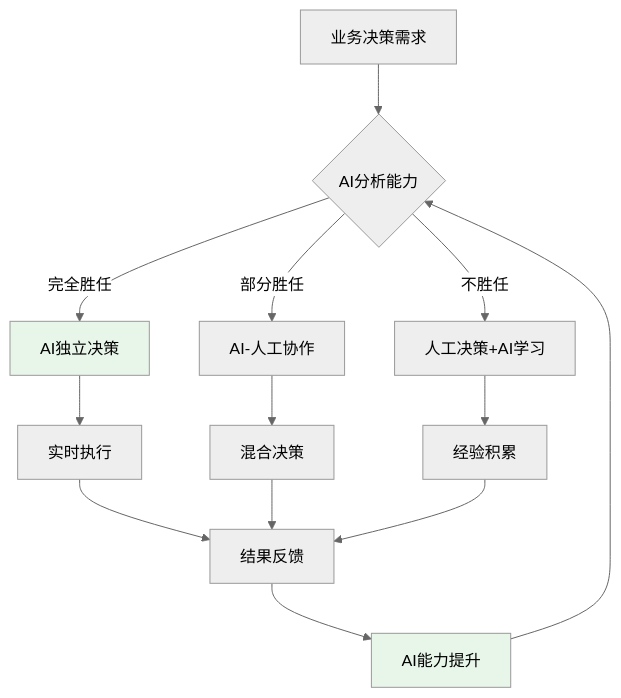
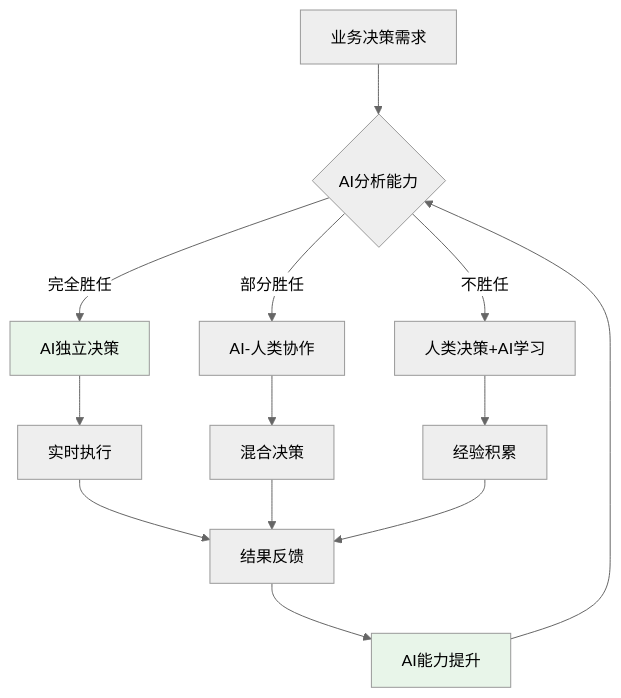
One commit to Deepractice/COSE changed the fourth of 9 diagrams in BUSINESS-MODEL.md. Above: the diagram before and after it, drawn with Mermaid (neutral theme). The commit also changed other lines of this file and 2 other files, not shown here.

````diff
--- a/BUSINESS-MODEL.md
+++ b/BUSINESS-MODEL.md
@@ -75,21 +75,21 @@
 ```mermaid
 flowchart TD
     A[业务决策需求] --> B{AI分析能力}
     B -->|完全胜任| C[AI独立决策]
-    B -->|部分胜任| D[AI-人工协作]
-    B -->|不胜任| E[人工决策+AI学习]
+    B -->|部分胜任| D[AI-人类协作]
+    B -->|不胜任| E[人类决策+AI学习]
     
     C --> F[实时执行]
     D --> G[混合决策]
     E --> H[经验积累]
     
     F --> I[结果反馈]
     G --> I
     H --> I
     
     I --> J[AI能力提升]
     J --> B
     
     style C fill:#e8f5e9
     style J fill:#e8f5e9
 ```
````
